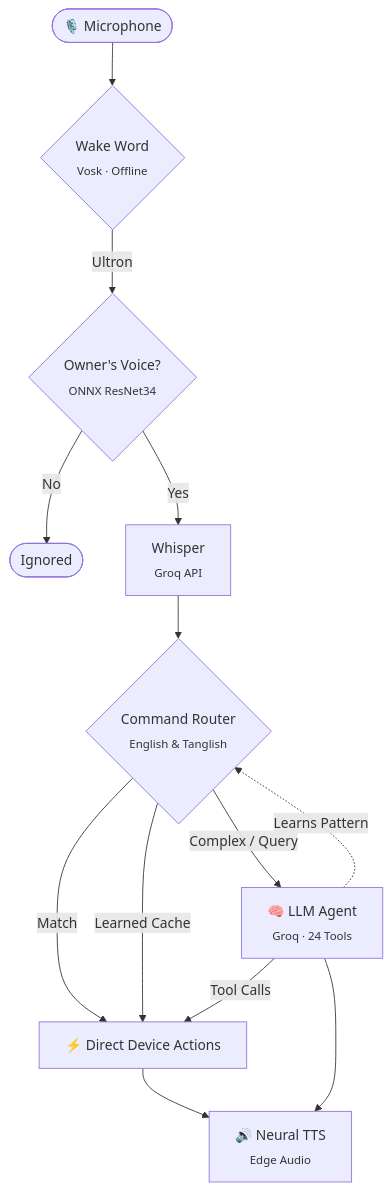
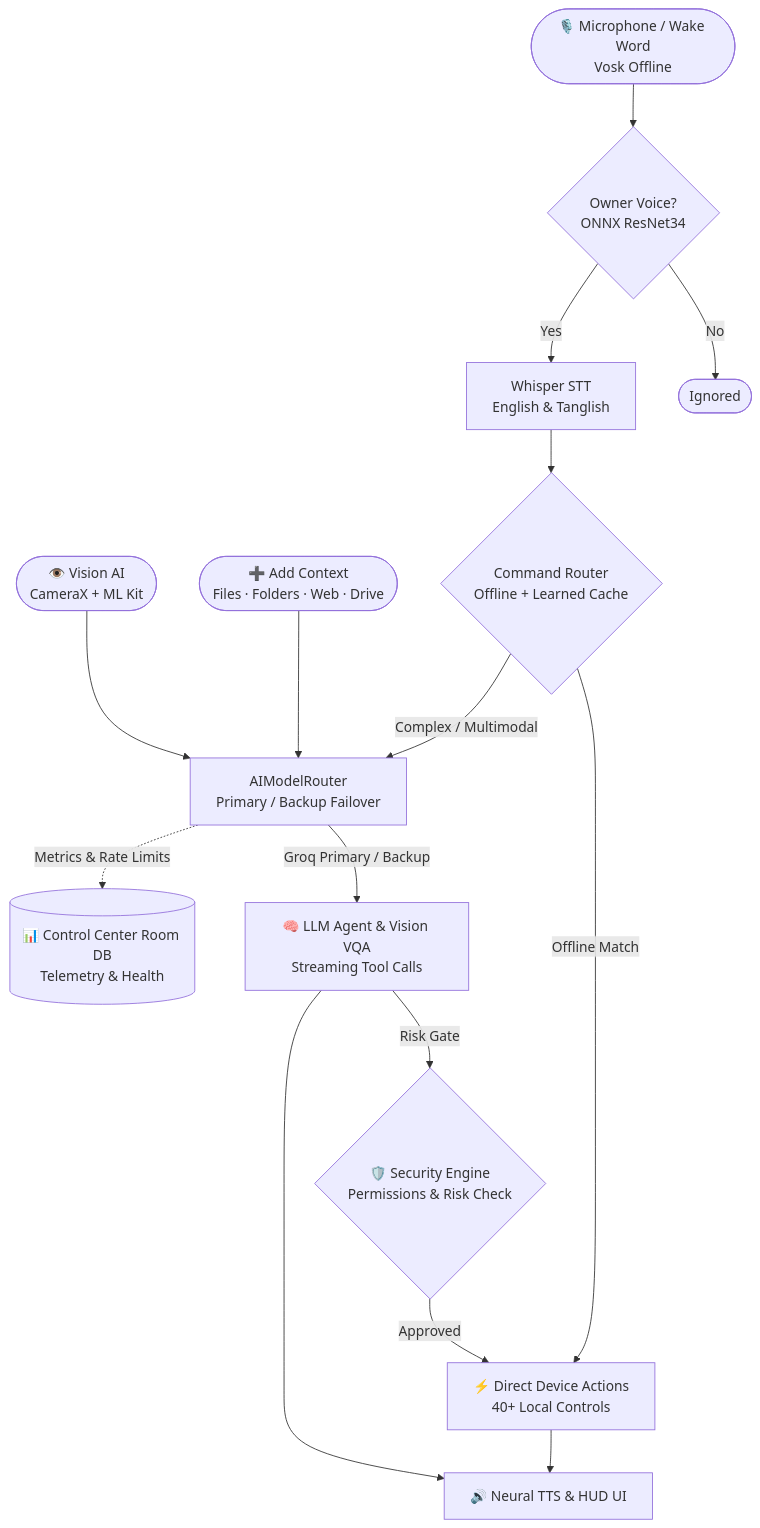
Before and after one commit to Nadesh-001/ULTRON: the diagram in README.md, drawn with Mermaid. The commit also changed other lines of this file and 4 other files, not shown here.

Commit message:
docs(repo): update README, add CHANGELOG and architecture docs, polish QA pipeline for v0.21.0

````diff
--- a/README.md
+++ b/README.md
@@ -102,15 +112,17 @@
 ```mermaid
 flowchart TD
-    A([🎙️ Microphone]) --> B{Wake Word<br/><sub>Vosk · Offline</sub>}
-    B -->|"Ultron"| C{Owner's Voice?<br/><sub>ONNX ResNet34</sub>}
-    C -->|No| X([Ignored])
-    C -->|Yes| D[Whisper<br/><sub>Groq API</sub>]
-    D --> E{Command Router<br/><sub>English & Tanglish</sub>}
-    E -->|Match| F[⚡ Direct Device Actions]
-    E -->|Learned Cache| F
-    E -->|Complex / Query| G[🧠 LLM Agent<br/><sub>Groq · 24 Tools</sub>]
-    G -->|Tool Calls| F
-    G -.->|Learns Pattern| E
-    F --> H[🔊 Neural TTS<br/><sub>Edge Audio</sub>]
+    A([🎙️ Microphone / Wake Word<br/>Vosk Offline]) --> B{Owner Voice?<br/>ONNX ResNet34}
+    B -->|No| X([Ignored])
+    B -->|Yes| C[Whisper STT<br/>English & Tanglish]
+    V([👁️ Vision AI<br/>CameraX + ML Kit]) --> R[AIModelRouter<br/>Primary / Backup Failover]
+    CTX([➕ Add Context<br/>Files · Folders · Web · Drive]) --> R
+    C --> D{Command Router<br/>Offline + Learned Cache}
+    D -->|Offline Match| E[⚡ Direct Device Actions<br/>40+ Local Controls]
+    D -->|Complex / Multimodal| R
+    R -->|Groq Primary / Backup| G[🧠 LLM Agent & Vision VQA<br/>Streaming Tool Calls]
+    G -->|Risk Gate| SEC{🛡️ Security Engine<br/>Permissions & Risk Check}
+    SEC -->|Approved| E
+    R -.->|Metrics & Rate Limits| DB[(📊 Control Center Room DB<br/>Telemetry & Health)]
+    E --> H[🔊 Neural TTS & HUD UI]
     G --> H
 ```
````
